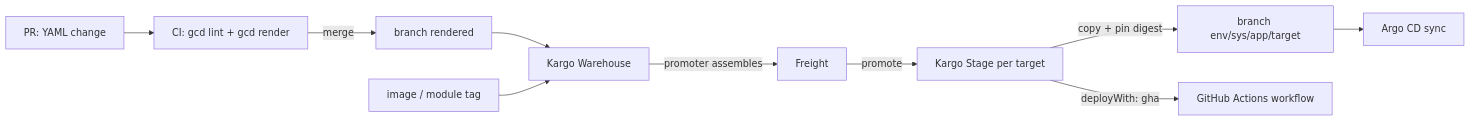
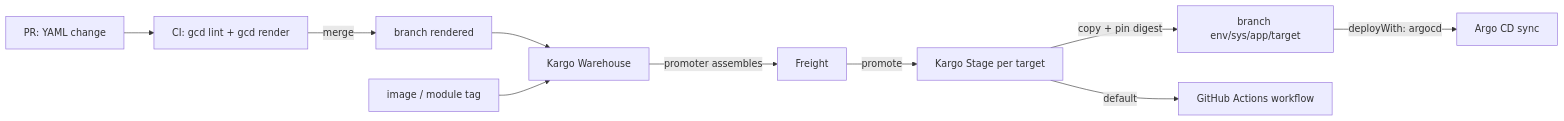
One commit to pitoniak32/gitops-cd changed the diagram in docs/guide/concepts.md. Above: the diagram before and after it, drawn with Mermaid. The commit also changed other lines of this file and 23 other files, not shown here.

First line of the commit message:
feat(render)!: deployWith defaults to gha; argocd opt-in

````diff
--- a/docs/guide/concepts.md
+++ b/docs/guide/concepts.md
@@ -36,12 +36,12 @@
 ```mermaid
 flowchart LR
   pr["PR: YAML change"] --> ci["CI: gcd lint + gcd render"]
   ci -->|merge| rb["branch rendered"]
   rb --> wh["Kargo Warehouse"]
   img["image / module tag"] --> wh
   wh -->|promoter assembles| fr["Freight"]
   fr -->|promote| st["Kargo Stage per target"]
   st -->|copy + pin digest| tb["branch env/sys/app/target"]
-  tb --> argo["Argo CD sync"]
-  st -->|deployWith: gha| gha["GitHub Actions workflow"]
+  tb -->|deployWith: argocd| argo["Argo CD sync"]
+  st -->|default| gha["GitHub Actions workflow"]
 ```
````
